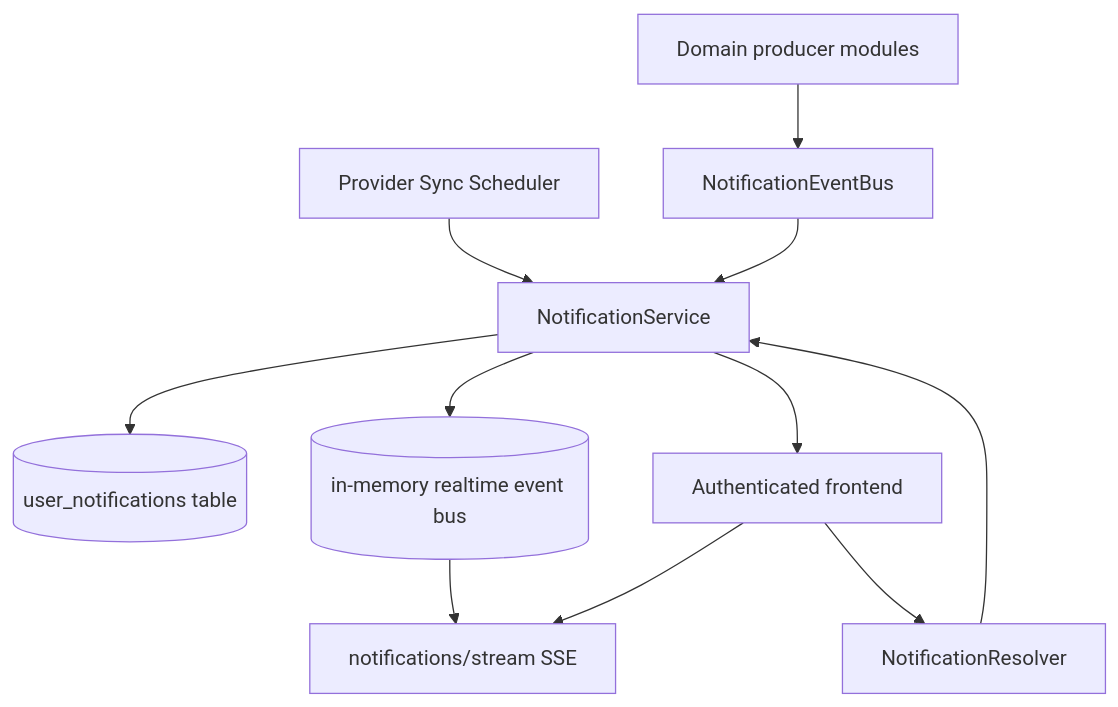
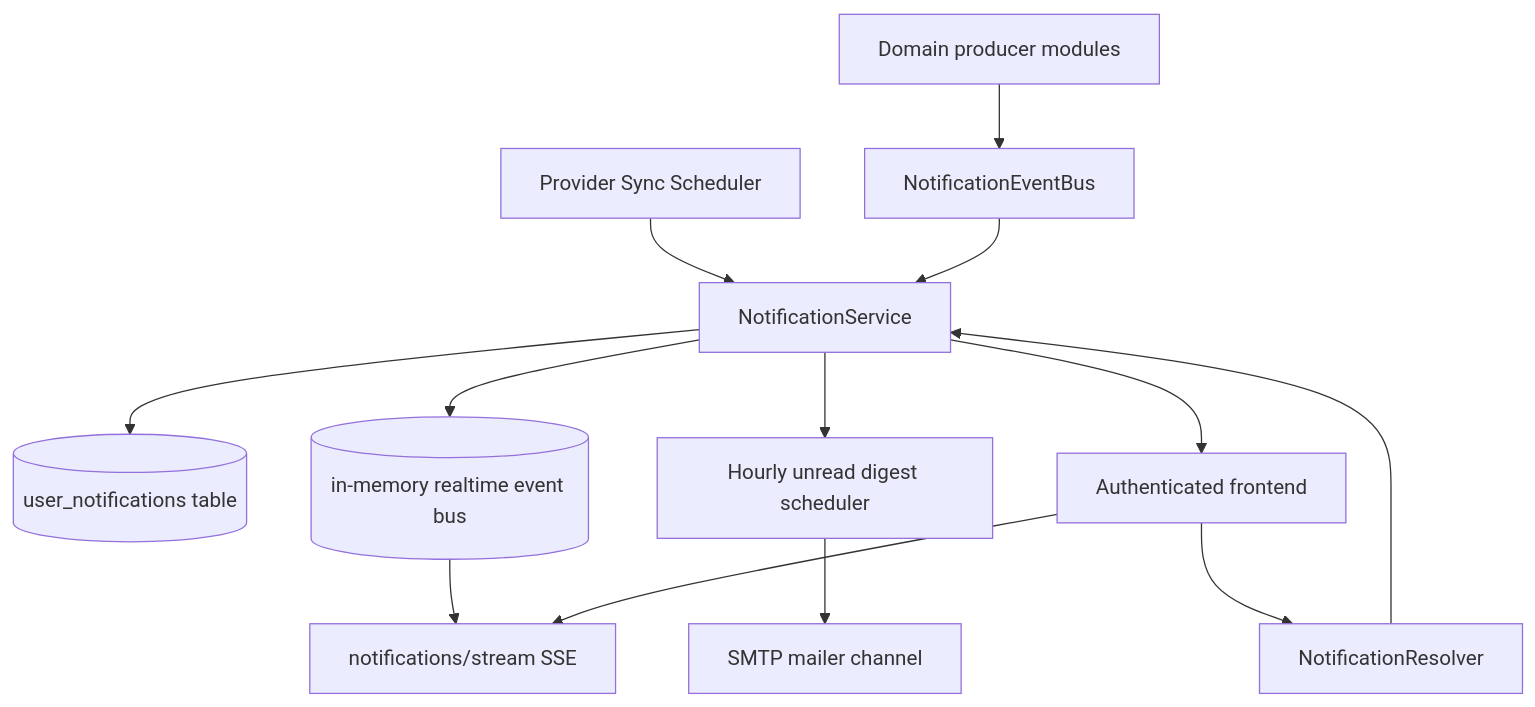
Before and after one commit to AmanVatsSharma/MailZen-Smart-Email-Management: the diagram in apps/backend/src/notification/README.md, drawn with Mermaid. The commit also changed other lines of this file and 11 other files, not shown here.

Commit message:
Add hourly unread notification email digest scheduler

````diff
--- a/apps/backend/src/notification/README.md
+++ b/apps/backend/src/notification/README.md
@@ -95,13 +111,15 @@
 ```mermaid
 flowchart TD
   Scheduler[Provider Sync Scheduler] --> NotificationService
   Producer[Domain producer modules] --> NotificationEventBus
   NotificationEventBus --> NotificationService
   NotificationService --> Repo[(user_notifications table)]
   NotificationService --> RealtimeBus[(in-memory realtime event bus)]
+  NotificationService --> DigestScheduler[Hourly unread digest scheduler]
+  DigestScheduler --> Mailer[SMTP mailer channel]
   RealtimeBus --> NotificationStream[notifications/stream SSE]
   UserUI[Authenticated frontend] --> NotificationResolver
   UserUI --> NotificationStream
   NotificationResolver --> NotificationService
   NotificationService --> UserUI
 ```
````
